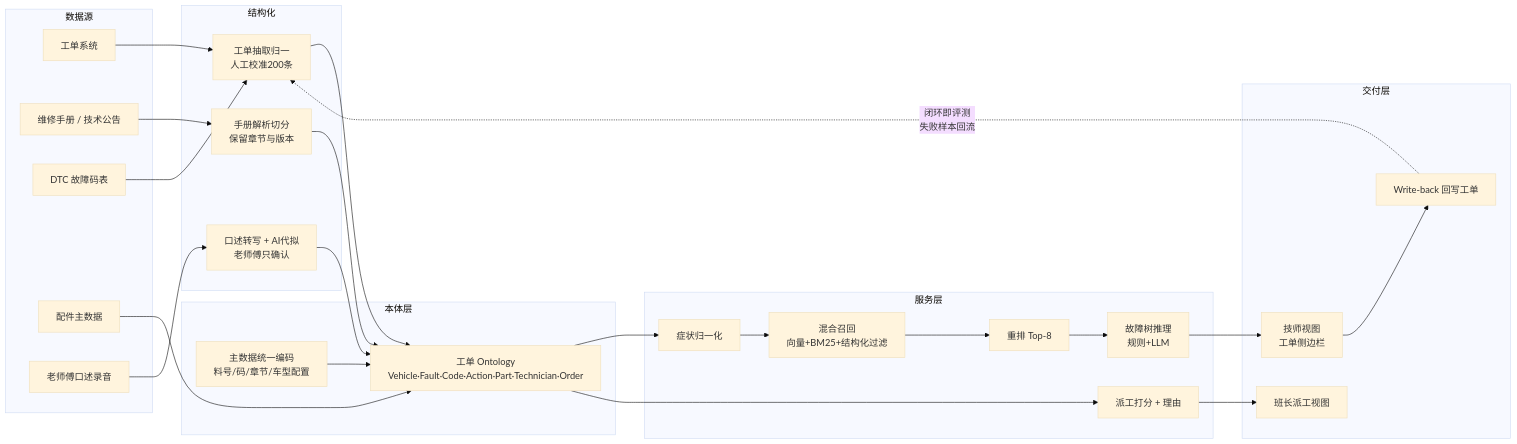
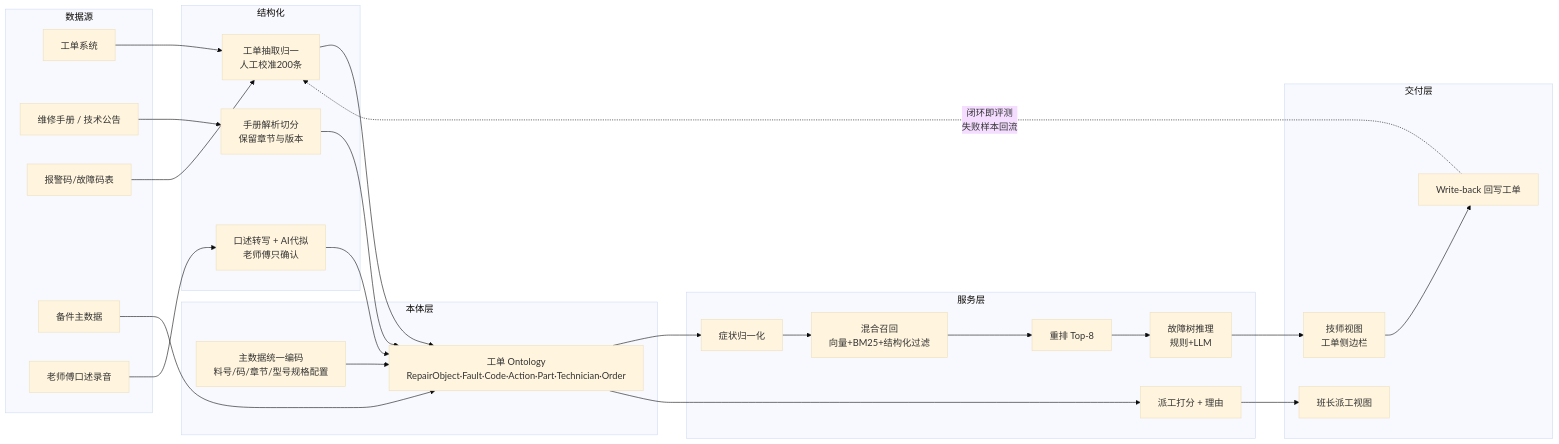
One commit to yhyu13/FDE20261023 changed the diagram in problems/01-申沃客车-现场报修协同.md. Above: the diagram before and after it, drawn with Mermaid (base theme). The commit also changed other lines of this file and 48 other files, not shown here.

````diff
--- a/problems/01-申沃客车-现场报修协同.md
+++ b/problems/01-申沃客车-现场报修协同.md
@@ -157,46 +159,46 @@
 ```mermaid
 flowchart LR
   subgraph 数据源
     D1[工单系统]
     D2[维修手册 / 技术公告]
-    D3[DTC 故障码表]
-    D4[配件主数据]
+    D3[报警码/故障码表]
+    D4[备件主数据]
     D5[老师傅口述录音]
   end
 
   subgraph 结构化
     E1[工单抽取归一<br/>人工校准200条]
     E2[手册解析切分<br/>保留章节与版本]
     E3[口述转写 + AI代拟<br/>老师傅只确认]
   end
 
   subgraph 本体层
-    O1[工单 Ontology<br/>Vehicle·Fault·Code·Action·Part·Technician·Order]
-    O2[主数据统一编码<br/>料号/码/章节/车型配置]
+    O1[工单 Ontology<br/>RepairObject·Fault·Code·Action·Part·Technician·Order]
+    O2[主数据统一编码<br/>料号/码/章节/型号规格配置]
   end
 
   subgraph 服务层
     S1[症状归一化]
     S2[混合召回<br/>向量+BM25+结构化过滤]
     S3[重排 Top-8]
     S4[故障树推理<br/>规则+LLM]
     S5[派工打分 + 理由]
   end
 
   subgraph 交付层
     U1[技师视图<br/>工单侧边栏]
     U2[班长派工视图]
     U3[Write-back 回写工单]
   end
 
   D1 --> E1 --> O1
   D2 --> E2 --> O1
   D3 --> E1
   D4 --> O1
   D5 --> E3 --> O1
   O2 --> O1
   O1 --> S1 --> S2 --> S3 --> S4 --> U1
   O1 --> S5 --> U2
   U1 --> U3
   U3 -.闭环即评测<br/>失败样本回流.-> E1
 ```
````
